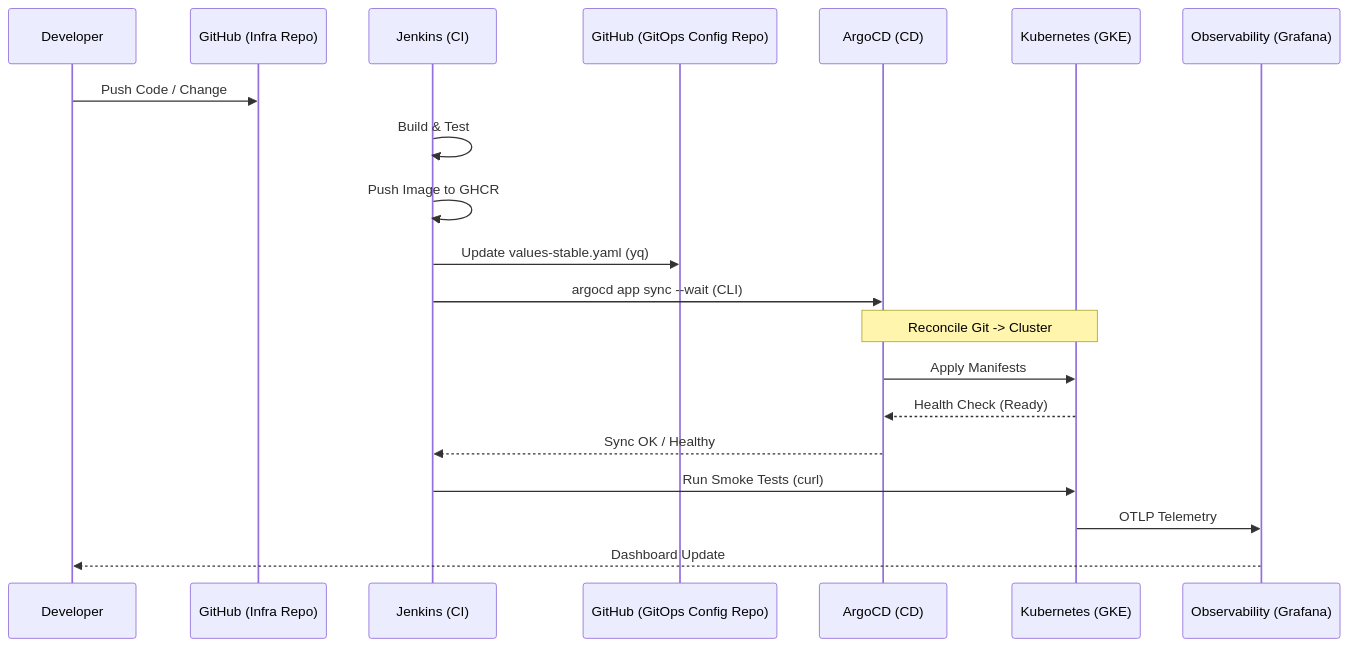
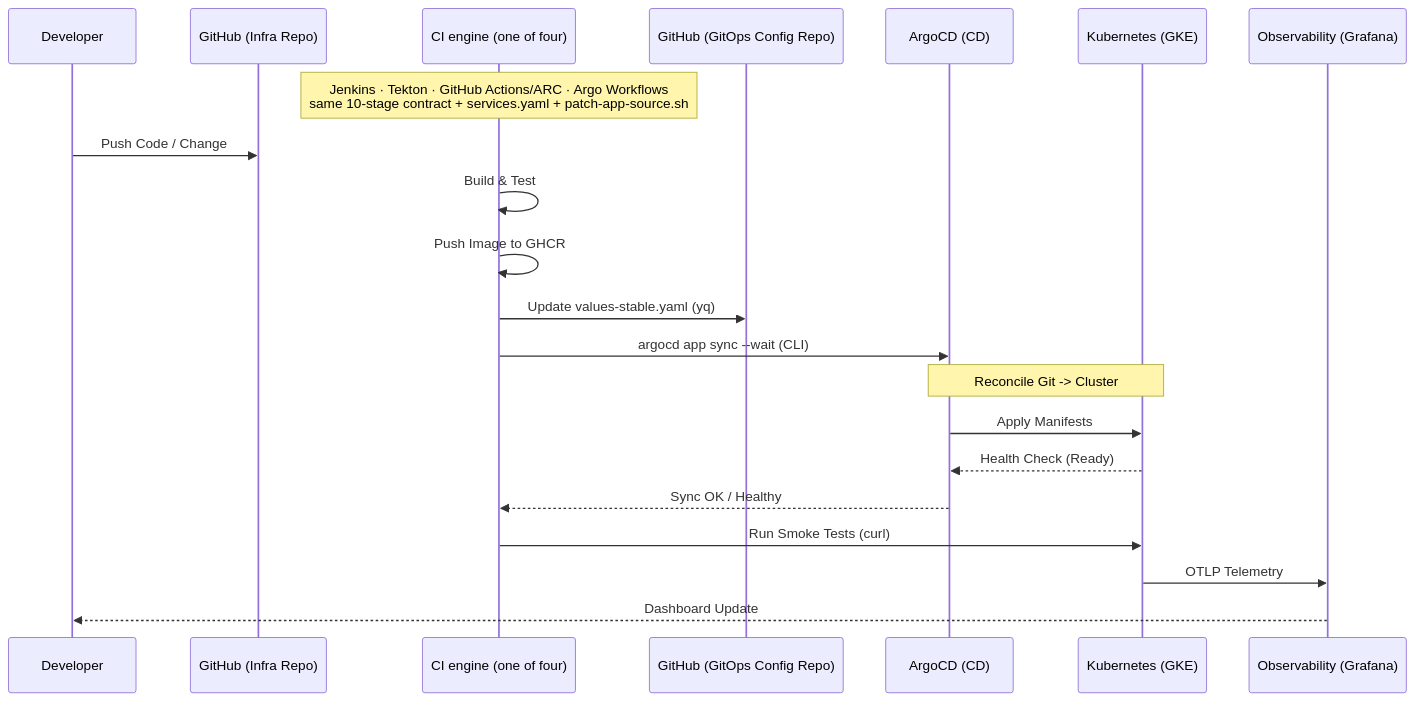
Before and after one commit to nubenetes/jenkins-2026: the fifth of 11 diagrams in docs/201-ARCHITECTURE.md, drawn with Mermaid. The commit also changed other lines of this file and 4 other files, not shown here.

First line of the commit message:
docs: align remaining mermaid diagrams with main + fix 2 pre-existing broken diagrams (#478)

````diff
--- a/docs/201-ARCHITECTURE.md
+++ b/docs/201-ARCHITECTURE.md
@@ -420,23 +423,24 @@
 ```mermaid
 sequenceDiagram
     participant Dev as Developer
     participant GH_Infra as GitHub (Infra Repo)
-    participant J as Jenkins (CI)
+    participant J as CI engine (one of four)
     participant GH_GitOps as GitHub (GitOps Config Repo)
     participant ACD as ArgoCD (CD)
     participant K8s as Kubernetes (GKE)
     participant Obs as Observability (Grafana)
 
+    Note over J: Jenkins · Tekton · GitHub Actions/ARC · Argo Workflows<br/>same 10-stage contract + services.yaml + patch-app-source.sh
     Dev->>GH_Infra: Push Code / Change
     J->>J: Build & Test
     J->>J: Push Image to GHCR
     J->>GH_GitOps: Update values-stable.yaml (yq)
     J->>ACD: argocd app sync --wait (CLI)
     Note over ACD,K8s: Reconcile Git -> Cluster
     ACD->>K8s: Apply Manifests
     K8s-->>ACD: Health Check (Ready)
     ACD-->>J: Sync OK / Healthy
     J->>K8s: Run Smoke Tests (curl)
     K8s->>Obs: OTLP Telemetry
     Obs-->>Dev: Dashboard Update
 ```
````
